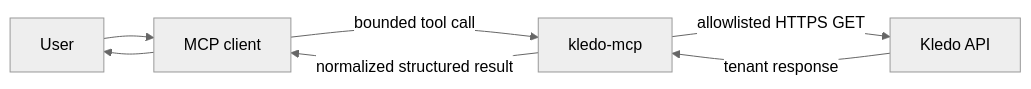
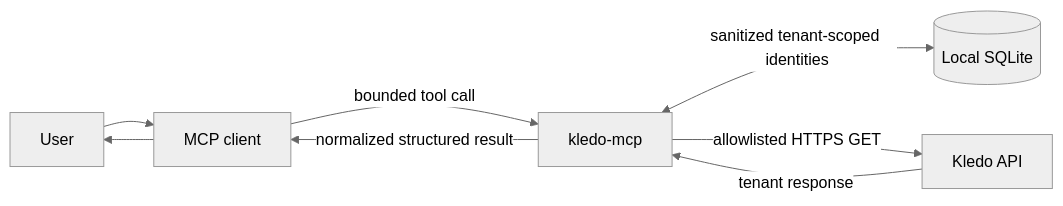
Before and after one commit to kevzakaria/kledo-mcp: the first of 2 diagrams in docs/architecture.md, drawn with Mermaid (neutral theme). The commit also changed other lines of this file and 25 other files, not shown here.

````diff
--- a/docs/architecture.md
+++ b/docs/architecture.md
@@ -9,9 +9,10 @@
 ```mermaid
 flowchart LR
     U[User] --> C[MCP client]
     C -->|bounded tool call| M[kledo-mcp]
+    M <-->|sanitized tenant-scoped identities| S[(Local SQLite)]
     M -->|allowlisted HTTPS GET| K[Kledo API]
     K -->|tenant response| M
     M -->|normalized structured result| C
     C --> U
 ```
````
